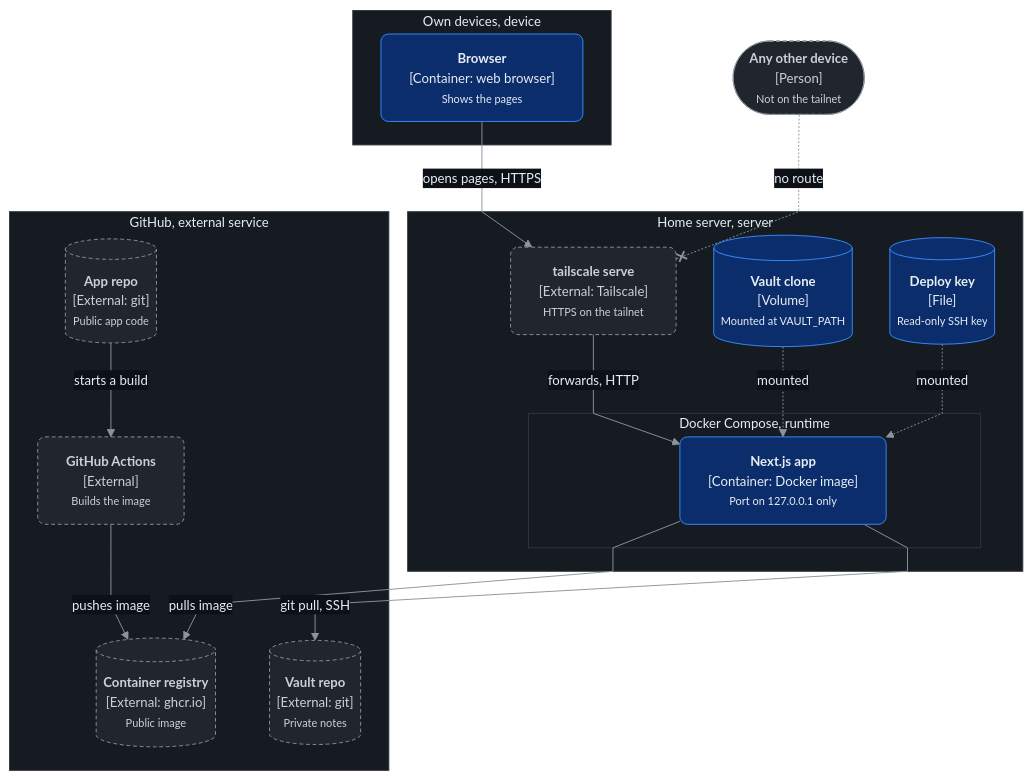
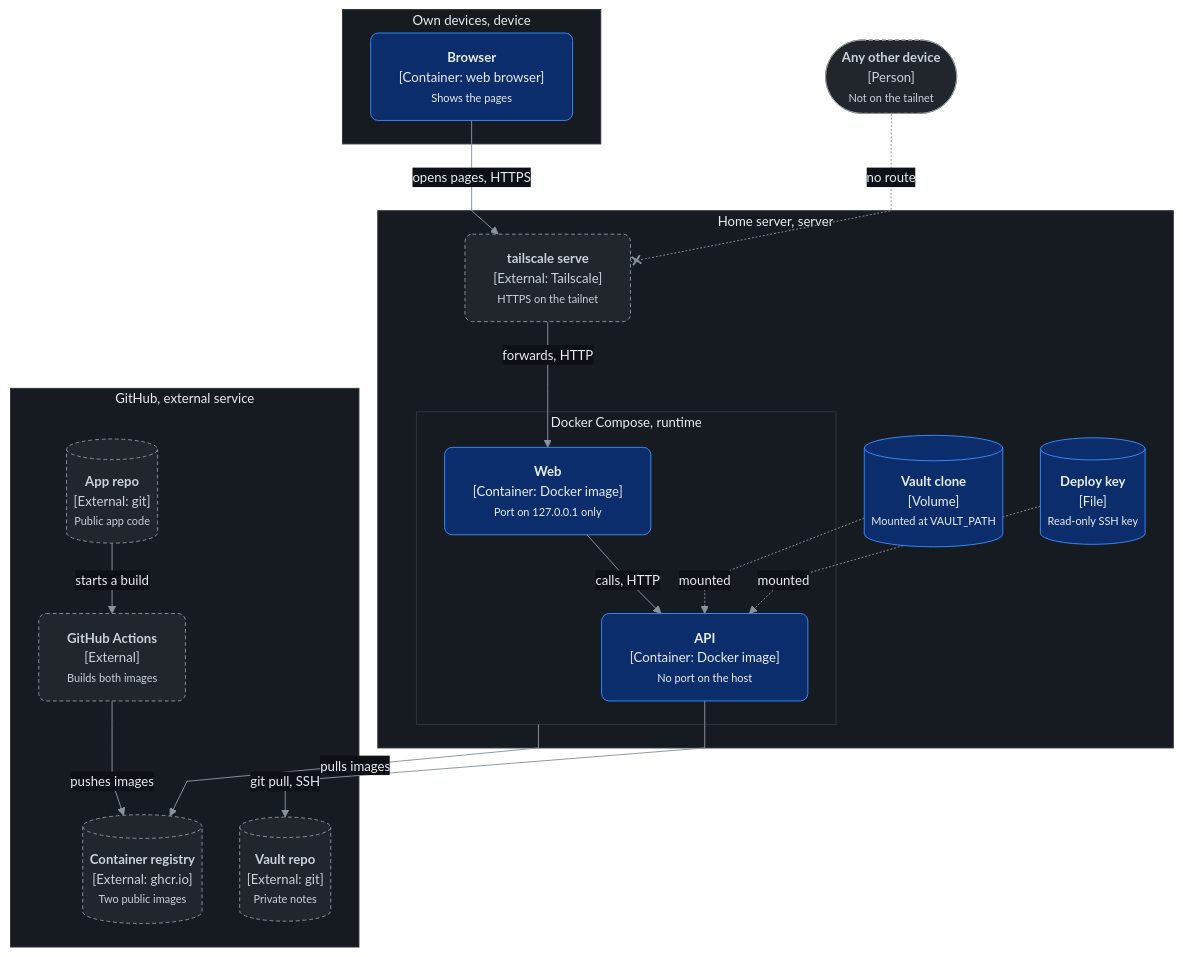
Before and after one commit to lyeyixian/job-search-app: the first of 2 diagrams in docs/architecture/deployment.md, drawn with Mermaid. The commit also changed other lines of this file and 10 other files, not shown here.

First line of the commit message:
Redraw the architecture for two services

````diff
--- a/docs/architecture/deployment.md
+++ b/docs/architecture/deployment.md
@@ -9,42 +9,44 @@
 ```mermaid
 %%{init: {"theme":"base","themeVariables":{"fontFamily":"system-ui, sans-serif","fontSize":"14px","lineColor":"#8b949e","clusterBkg":"#161b22","clusterBorder":"#30363d","edgeLabelBackground":"#0d1117","primaryTextColor":"#e6edf3","titleColor":"#e6edf3"},"flowchart":{"curve":"linear","nodeSpacing":40,"rankSpacing":50}}}%%
 flowchart TB
     subgraph devices["Own devices, device"]
         browser["<b>Browser</b><br/>[Container: web browser]<br/><small>Shows the pages</small>"]:::container
     end
 
     other(["<b>Any other device</b><br/>[Person]<br/><small>Not on the tailnet</small>"]):::external
 
     subgraph home["Home server, server"]
         ts["<b>tailscale serve</b><br/>[External: Tailscale]<br/><small>HTTPS on the tailnet</small>"]:::external
         subgraph compose["Docker Compose, runtime"]
-            c["<b>Next.js app</b><br/>[Container: Docker image]<br/><small>Port on 127.0.0.1 only</small>"]:::container
+            web["<b>Web</b><br/>[Container: Docker image]<br/><small>Port on 127.0.0.1 only</small>"]:::container
+            api["<b>API</b><br/>[Container: Docker image]<br/><small>No port on the host</small>"]:::container
         end
         vol[("<b>Vault clone</b><br/>[Volume]<br/><small>Mounted at VAULT_PATH</small>")]:::store
         key[("<b>Deploy key</b><br/>[File]<br/><small>Read-only SSH key</small>")]:::store
     end
 
     subgraph gh["GitHub, external service"]
         apprepo[("<b>App repo</b><br/>[External: git]<br/><small>Public app code</small>")]:::external
-        actions["<b>GitHub Actions</b><br/>[External]<br/><small>Builds the image</small>"]:::external
-        ghcr[("<b>Container registry</b><br/>[External: ghcr.io]<br/><small>Public image</small>")]:::external
+        actions["<b>GitHub Actions</b><br/>[External]<br/><small>Builds both images</small>"]:::external
+        ghcr[("<b>Container registry</b><br/>[External: ghcr.io]<br/><small>Two public images</small>")]:::external
         vaultrepo[("<b>Vault repo</b><br/>[External: git]<br/><small>Private notes</small>")]:::external
     end
 
     browser -- "opens pages, HTTPS" --> ts
     other -. "no route" .-x ts
-    ts -- "forwards, HTTP" --> c
-    vol -. "mounted" .-> c
-    key -. "mounted" .-> c
-    c -- "git pull, SSH" --> vaultrepo
+    ts -- "forwards, HTTP" --> web
+    web -- "calls, HTTP" --> api
+    vol -. "mounted" .-> api
+    key -. "mounted" .-> api
+    api -- "git pull, SSH" --> vaultrepo
     apprepo -- "starts a build" --> actions
-    actions -- "pushes image" --> ghcr
-    c -- "pulls image" --> ghcr
+    actions -- "pushes images" --> ghcr
+    compose -- "pulls images" --> ghcr
 
     classDef person fill:#1f6feb,stroke:#58a6ff,color:#ffffff,rx:8,ry:8
     classDef system fill:#1f6feb,stroke:#58a6ff,color:#ffffff,rx:8,ry:8
     classDef container fill:#0c2d6b,stroke:#388bfd,color:#e6edf3,rx:8,ry:8
     classDef component fill:#0c2d6b,stroke:#388bfd,color:#e6edf3,rx:8,ry:8
     classDef store fill:#0c2d6b,stroke:#388bfd,color:#e6edf3
     classDef external fill:#21262d,stroke:#8b949e,color:#c9d1d9,stroke-dasharray:4 3,rx:8,ry:8
 ```
````
